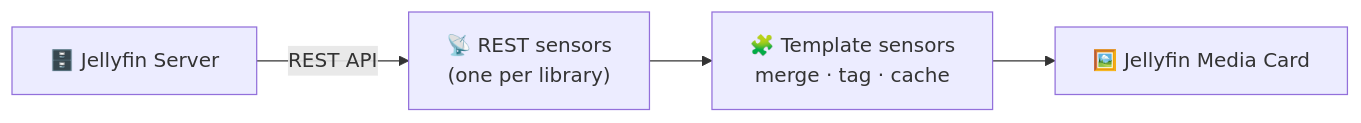
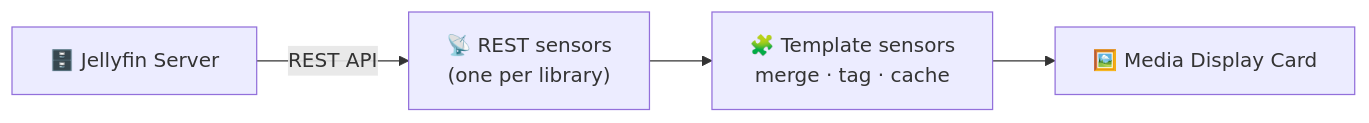
Before and after one commit to a4happy20/jellyfin-media-card-sensors: the diagram in README.md, drawn with Mermaid. The commit also changed other lines of this file, not shown here.

Commit message:
Initial release of Jellyfin Media Card Sensors

````diff
--- a/README.md
+++ b/README.md
@@ -67,6 +67,6 @@
 ```mermaid
 flowchart LR
     A["🗄️ Jellyfin Server"] -->|REST API| B["📡 REST sensors<br/>(one per library)"]
     B --> C["🧩 Template sensors<br/>merge · tag · cache"]
-    C --> D["🖼️ Jellyfin Media Card"]
+    C --> D["🖼️ Media Display Card"]
 ```
````
